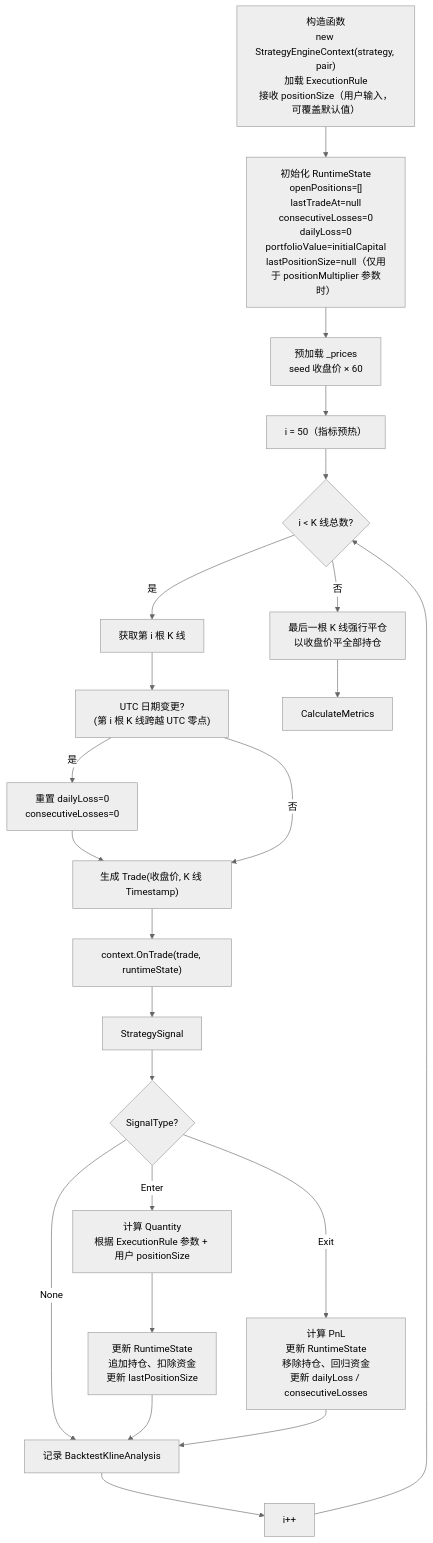
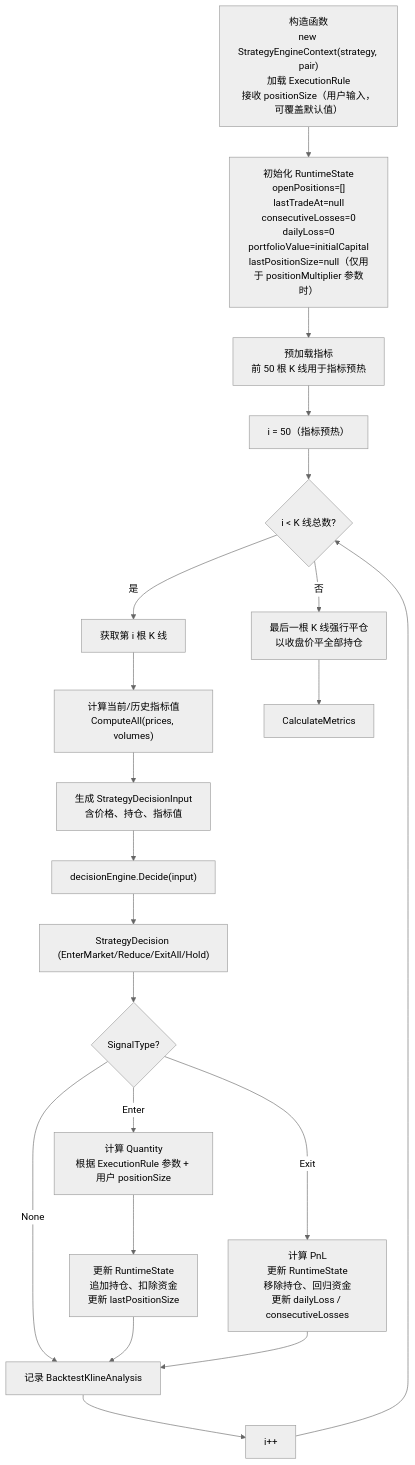
Before and after one commit to bambuo/TradeX: the seventh of 16 diagrams in docs/回测引擎工作流程.md, drawn with Mermaid (neutral theme). The commit also changed other lines of this file and 5 other files, not shown here.

````diff
--- a/docs/回测引擎工作流程.md
+++ b/docs/回测引擎工作流程.md
@@ -228,34 +225,32 @@
 ```mermaid
 flowchart TD
     A["构造函数<br/>new StrategyEngineContext(strategy, pair)<br/>加载 ExecutionRule<br/>接收 positionSize（用户输入，可覆盖默认值）"] --> B["初始化 RuntimeState<br/>openPositions=[]<br/>lastTradeAt=null<br/>consecutiveLosses=0<br/>dailyLoss=0<br/>portfolioValue=initialCapital<br/>lastPositionSize=null（仅用于 positionMultiplier 参数时）"]
 
-    B --> C["预加载 _prices<br/>seed 收盘价 × 60"]
+    B --> C["预加载指标<br/>前 50 根 K 线用于指标预热"]
 
     C --> D["i = 50（指标预热）"]
 
     D --> E{"i < K 线总数?"}
     E -->|是| F["获取第 i 根 K 线"]
 
-    F --> G["UTC 日期变更?<br/>(第 i 根 K 线跨越 UTC 零点)"]
-    G -->|是| G_RESET["重置 dailyLoss=0<br/>consecutiveLosses=0"]
+    F --> G["计算当前/历史指标值<br/>ComputeAll(prices, volumes)"]
 
-    G_RESET --> H["生成 Trade(收盘价, K 线 Timestamp)"]
-    G -->|否| H
+    G --> H["生成 StrategyDecisionInput<br/>含价格、持仓、指标值"]
 
-    H --> I["context.OnTrade(trade, runtimeState)"]
-    I --> J["StrategySignal"]
+    H --> I["decisionEngine.Decide(input)"]
+    I --> J["StrategyDecision (EnterMarket/Reduce/ExitAll/Hold)"]
 
     J --> K{"SignalType?"}
     K -->|None| L["记录 BacktestKlineAnalysis"]
     K -->|Enter| M["计算 Quantity<br/>根据 ExecutionRule 参数 + 用户 positionSize"]
     M --> N["更新 RuntimeState<br/>追加持仓、扣除资金<br/>更新 lastPositionSize"]
     N --> L
     K -->|Exit| O["计算 PnL<br/>更新 RuntimeState<br/>移除持仓、回归资金<br/>更新 dailyLoss / consecutiveLosses"]
     O --> L
 
     L --> P["i++"]
     P --> E
 
     E -->|否| Q["最后一根 K 线强行平仓<br/>以收盘价平全部持仓"]
     Q --> R["CalculateMetrics"]
 ```
````
